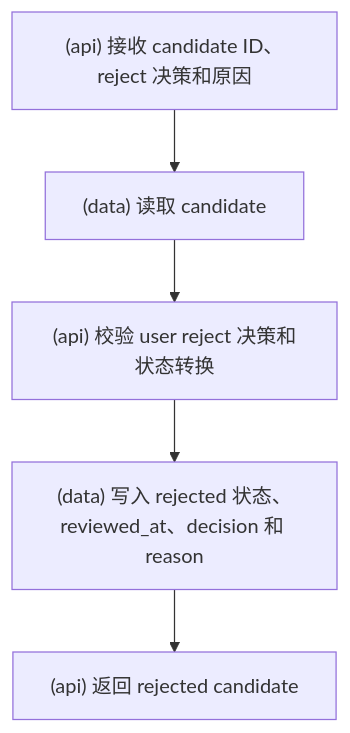
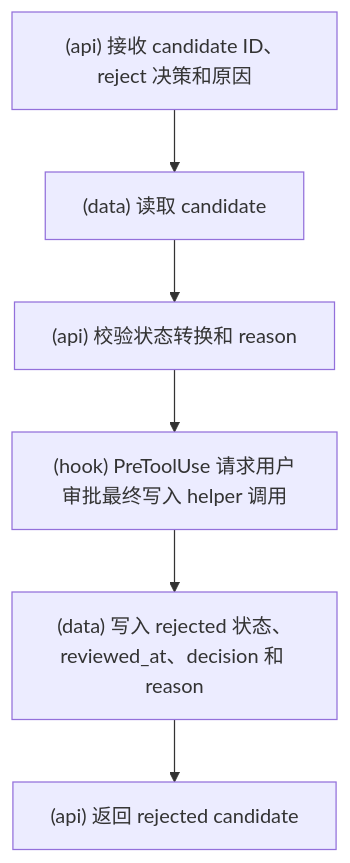
Before and after one commit to srangerme/KBManager: the tenth of 21 diagrams in docs/流程图.md, drawn with Mermaid. The commit also changed other lines of this file and 48 other files, not shown here.

````diff
--- a/docs/流程图.md
+++ b/docs/流程图.md
@@ -151,7 +153,8 @@
 ```mermaid
 flowchart TD
   A["(api) 接收 candidate ID、reject 决策和原因"] --> B["(data) 读取 candidate"]
-  B --> C["(api) 校验 user reject 决策和状态转换"]
-  C --> E["(data) 写入 rejected 状态、reviewed_at、decision 和 reason"]
+  B --> C["(api) 校验状态转换和 reason"]
+  C --> D["(hook) PreToolUse 请求用户审批最终写入 helper 调用"]
+  D --> E["(data) 写入 rejected 状态、reviewed_at、decision 和 reason"]
   E --> F["(api) 返回 rejected candidate"]
 ```
````
